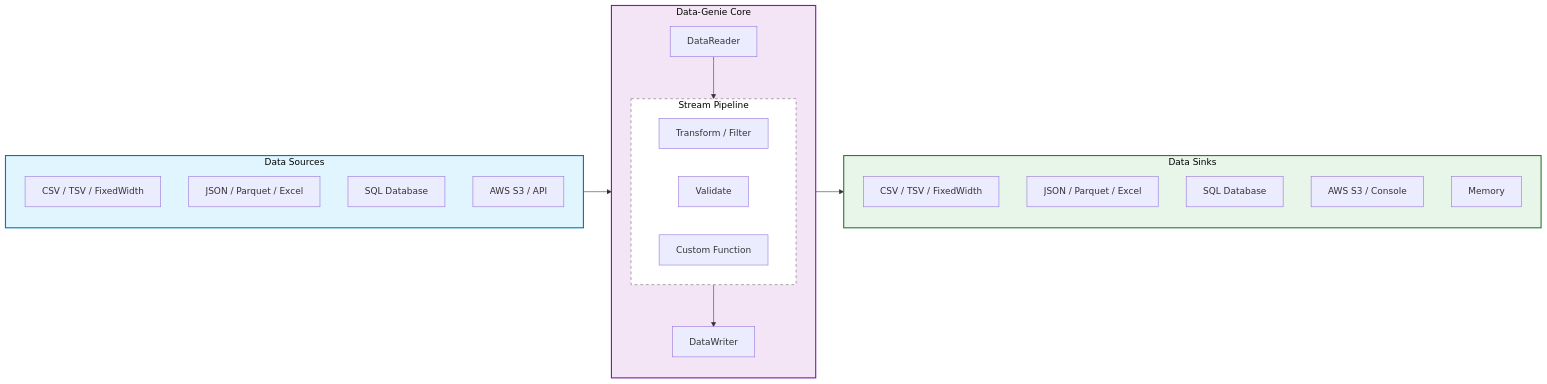
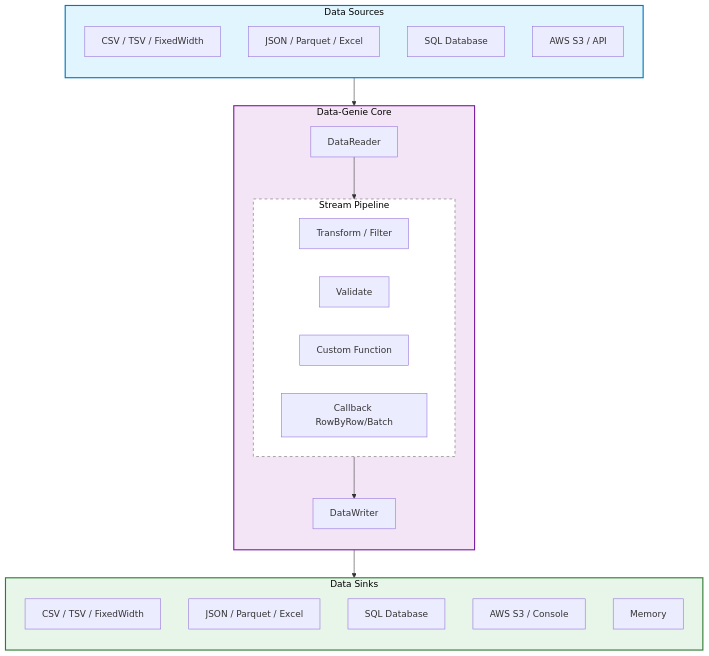
One commit to pujansrt/data-genie changed the diagram in README.md. Above: the diagram before and after it, drawn with Mermaid. The commit also changed other lines of this file and 6 other files, not shown here.

````diff
--- a/README.md
+++ b/README.md
@@ -62,40 +62,41 @@
 ```mermaid
-graph LR
+graph TD
     subgraph Sources [Data Sources]
         direction TB
         S1[CSV / TSV / FixedWidth]
         S2[JSON / Parquet / Excel]
         S3[SQL Database]
         S4[AWS S3 / API]
     end
 
     subgraph Engine [Data-Genie Core]
         direction TB
         R[DataReader]
         subgraph Pipeline [Stream Pipeline]
             T[Transform / Filter]
             V[Validate]
             C[Custom Function]
+            CB[Callback RowByRow/Batch]
         end
         W[DataWriter]
     end
 
     subgraph Sinks [Data Sinks]
         direction TB
         D1[CSV / TSV / FixedWidth]
         D2[JSON / Parquet / Excel]
         D3[SQL Database]
         D4[AWS S3 / Console]
         D5[Memory]
     end
 
     Sources --> R
     R --> Pipeline
     Pipeline --> W
     W --> Sinks
 
     style Engine fill:#f3e5f5,stroke:#7b1fa2,stroke-width:2px,color:#000
     style Sources fill:#e1f5fe,stroke:#0277bd,stroke-width:2px,color:#000
     style Sinks fill:#e8f5e9,stroke:#2e7d32,stroke-width:2px,color:#000
     style Pipeline fill:#ffffff,stroke:#666,stroke-dasharray: 5 5,color:#000
 ```
````
